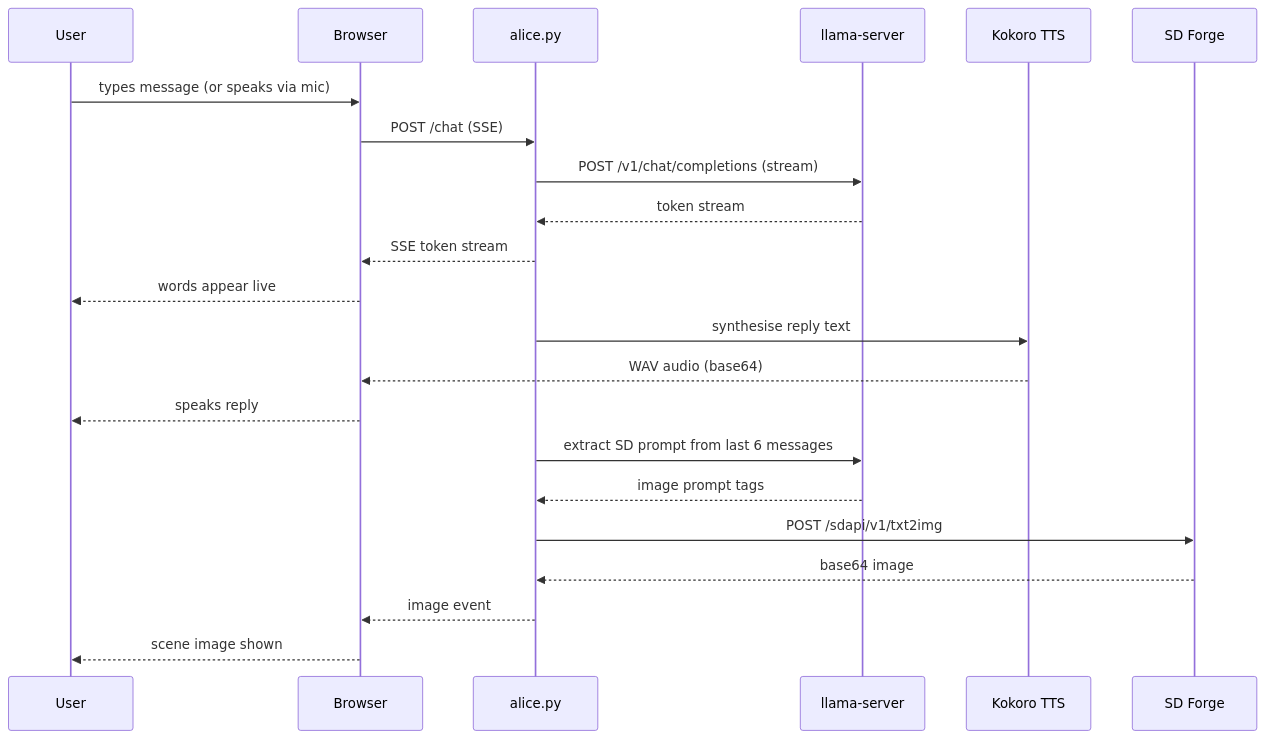
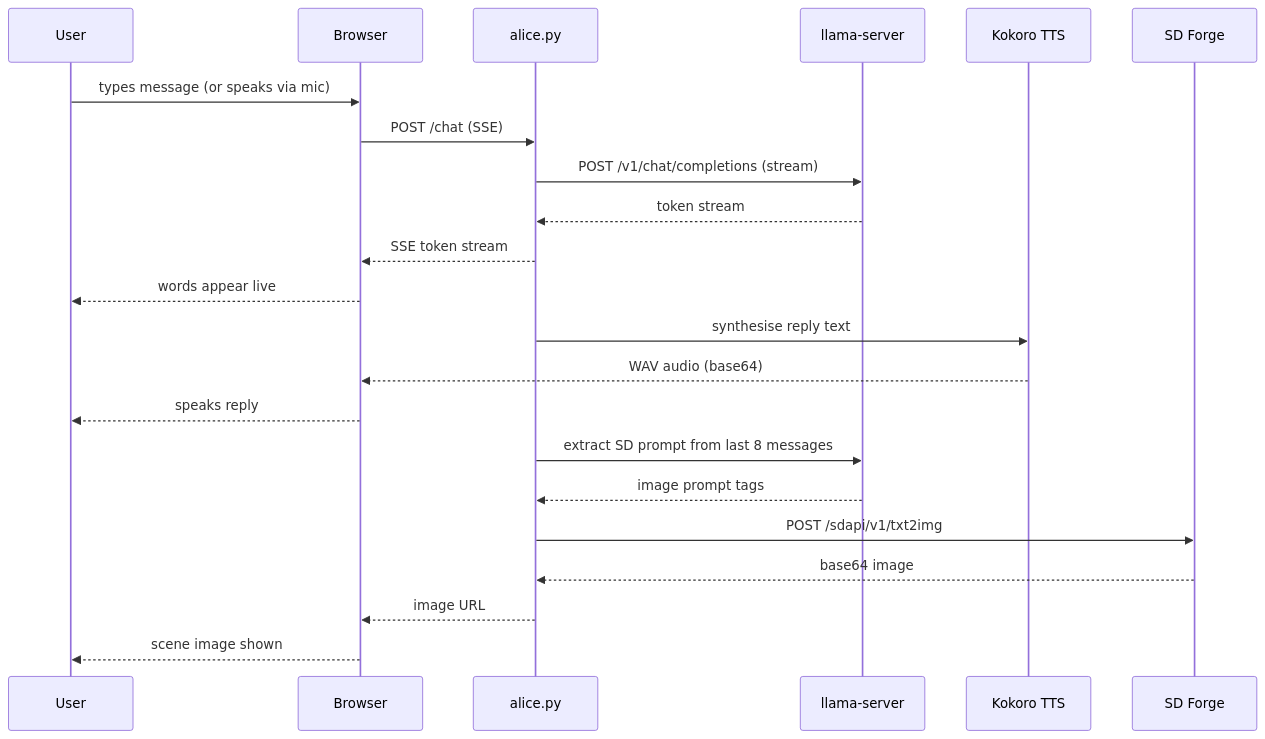
The second of 4 diagrams in Readme.md (cschladetsch/PyLocalEnsemble), drawn with Mermaid before and after one commit. The commit also changed other lines of this file and 18 other files, not shown here.

````diff
--- a/Readme.md
+++ b/Readme.md
@@ -276,27 +334,27 @@
 ```mermaid
 sequenceDiagram
     participant U as User
     participant B as Browser
     participant A as alice.py
     participant L as llama-server
     participant K as Kokoro TTS
     participant F as SD Forge
 
     U->>B: types message (or speaks via mic)
     B->>A: POST /chat (SSE)
     A->>L: POST /v1/chat/completions (stream)
     L-->>A: token stream
     A-->>B: SSE token stream
     B-->>U: words appear live
 
     A->>K: synthesise reply text
     K-->>B: WAV audio (base64)
     B-->>U: speaks reply
 
-    A->>L: extract SD prompt from last 6 messages
+    A->>L: extract SD prompt from last 8 messages
     L-->>A: image prompt tags
     A->>F: POST /sdapi/v1/txt2img
     F-->>A: base64 image
-    A-->>B: image event
+    A-->>B: image URL
     B-->>U: scene image shown
 ```
````
